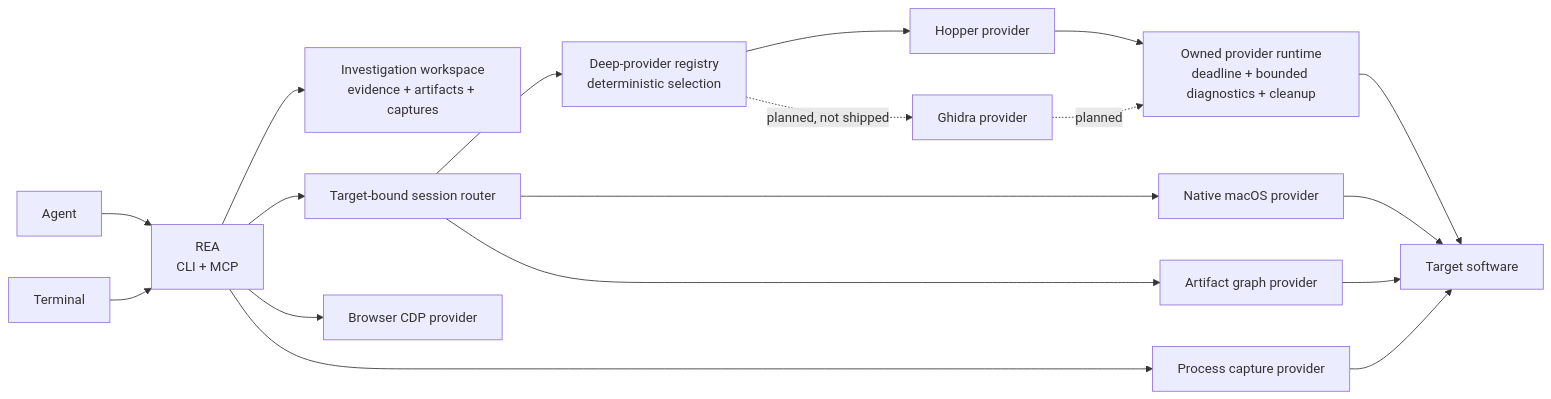
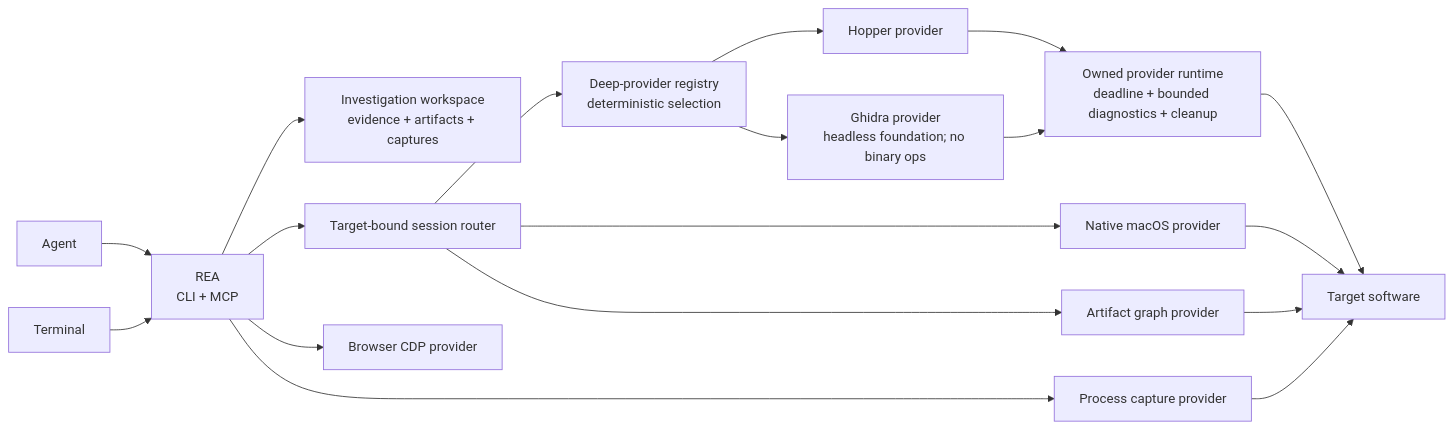
One commit to bryankwandou/rea changed the diagram in README.md. Above: the diagram before and after it, drawn with Mermaid. The commit also changed other lines of this file and 233 other files, not shown here.

Commit message:
feat(ghidra): add private headless provider session

````diff
--- a/README.md
+++ b/README.md
@@ -408,20 +424,20 @@
 ```mermaid
 flowchart LR
     Agent["Agent"] --> REA["REA<br/>CLI + MCP"]
     Terminal --> REA
     REA --> Workspace["Investigation workspace<br/>evidence + artifacts + captures"]
     REA --> Session["Target-bound session router"]
     Session --> Registry["Deep-provider registry<br/>deterministic selection"]
     Registry --> Hopper["Hopper provider"]
-    Registry -. planned, not shipped .-> Ghidra["Ghidra provider"]
+    Registry --> Ghidra["Ghidra provider<br/>headless foundation; no binary ops"]
     Hopper --> Runtime["Owned provider runtime<br/>deadline + bounded diagnostics + cleanup"]
-    Ghidra -. planned .-> Runtime
+    Ghidra --> Runtime
     Session --> Native["Native macOS provider"]
     Session --> Artifact["Artifact graph provider"]
     REA --> Browser["Browser CDP provider"]
     REA --> Process["Process capture provider"]
     Runtime --> Target["Target software"]
     Process --> Target
     Native --> Target
     Artifact --> Target
 ```
````
